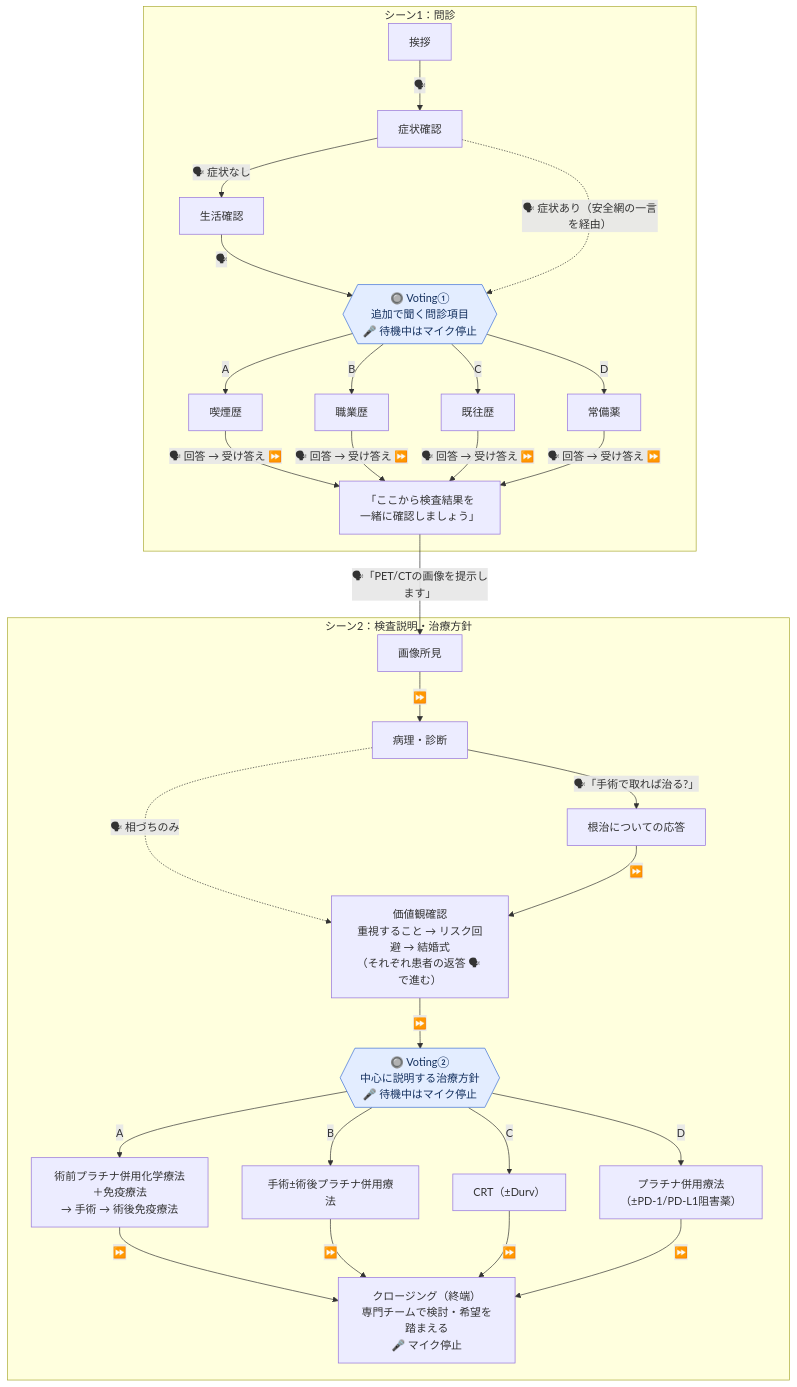
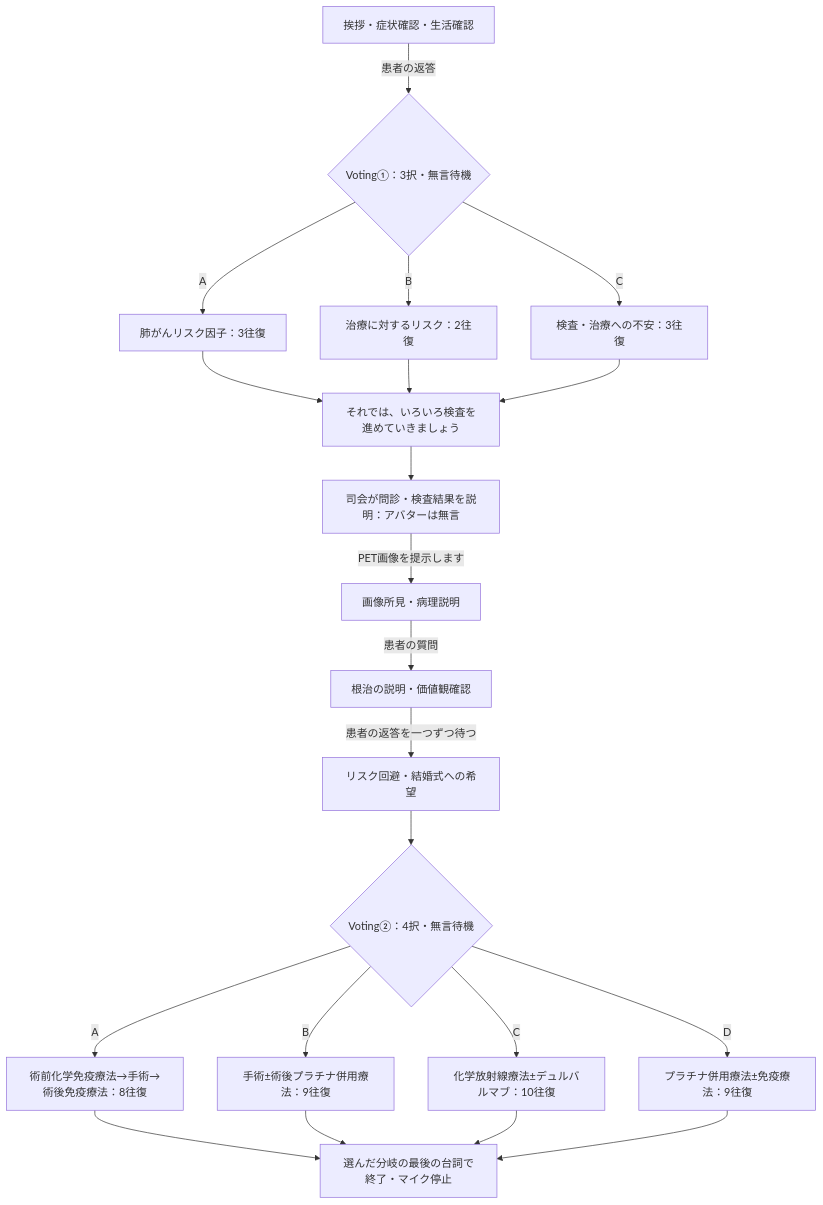
Before and after one commit to Kohei-Arita/yamamoto-avatar-scenario: the first of 3 diagrams in README.md, drawn with Mermaid. The commit also changed other lines of this file and 20 other files, not shown here.

````diff
--- a/README.md
+++ b/README.md
@@ -32,28 +32,18 @@
 ```mermaid
 flowchart TD
-  classDef vote fill:#e3edff,stroke:#3b6fd8,color:#15315f
-  subgraph S1["シーン1：問診"]
-    A[挨拶] -->|🗣| B[症状確認]
-    B -->|"🗣 症状なし"| C[生活確認]
-    C -->|🗣| V1{{"🔘 Voting①<br/>追加で聞く問診項目<br/>🎤 待機中はマイク停止"}}:::vote
-    B -.->|"🗣 症状あり（安全網の一言を経由）"| V1
-    V1 -->|A| Q1[喫煙歴]
-    V1 -->|B| Q2[職業歴]
-    V1 -->|C| Q3[既往歴]
-    V1 -->|D| Q4[常備薬]
-    Q1 & Q2 & Q3 & Q4 -->|"🗣 回答 → 受け答え ⏩"| D["「ここから検査結果を<br/>一緒に確認しましょう」"]
-  end
-  D -->|"🗣「PET/CTの画像を提示します」"| E
-  subgraph S2["シーン2：検査説明・治療方針"]
-    E[画像所見] -->|⏩| F[病理・診断]
-    F -->|"🗣「手術で取れば治る?」"| G["根治についての応答"]
-    F -.->|"🗣 相づちのみ"| H
-    G -->|⏩| H["価値観確認<br/>重視すること → リスク回避 → 結婚式<br/>（それぞれ患者の返答 🗣 で進む）"]
-    H -->|⏩| V2{{"🔘 Voting②<br/>中心に説明する治療方針<br/>🎤 待機中はマイク停止"}}:::vote
-    V2 -->|A| T1["術前プラチナ併用化学療法＋免疫療法<br/>→ 手術 → 術後免疫療法"]
-    V2 -->|B| T2["手術±術後プラチナ併用療法"]
-    V2 -->|C| T3["CRT（±Durv）"]
-    V2 -->|D| T4["プラチナ併用療法<br/>（±PD-1/PD-L1阻害薬）"]
-    T1 & T2 & T3 & T4 -->|⏩| Z["クロージング（終端）<br/>専門チームで検討・希望を踏まえる<br/>🎤 マイク停止"]
-  end
+  A[挨拶・症状確認・生活確認] -->|患者の返答| V1{Voting①：3択・無言待機}
+  V1 -->|A| Q1[肺がんリスク因子：3往復]
+  V1 -->|B| Q2[治療に対するリスク：2往復]
+  V1 -->|C| Q3[検査・治療への不安：3往復]
+  Q1 & Q2 & Q3 --> H[それでは、いろいろ検査を進めていきましょう]
+  H --> M[司会が問診・検査結果を説明：アバターは無言]
+  M -->|PET画像を提示します| I[画像所見・病理説明]
+  I -->|患者の質問| C[根治の説明・価値観確認]
+  C -->|患者の返答を一つずつ待つ| W[リスク回避・結婚式への希望]
+  W --> V2{Voting②：4択・無言待機}
+  V2 -->|A| T1[術前化学免疫療法→手術→術後免疫療法：8往復]
+  V2 -->|B| T2[手術±術後プラチナ併用療法：9往復]
+  V2 -->|C| T3[化学放射線療法±デュルバルマブ：10往復]
+  V2 -->|D| T4[プラチナ併用療法±免疫療法：9往復]
+  T1 & T2 & T3 & T4 --> Z[選んだ分岐の最後の台詞で終了・マイク停止]
 ```
````
